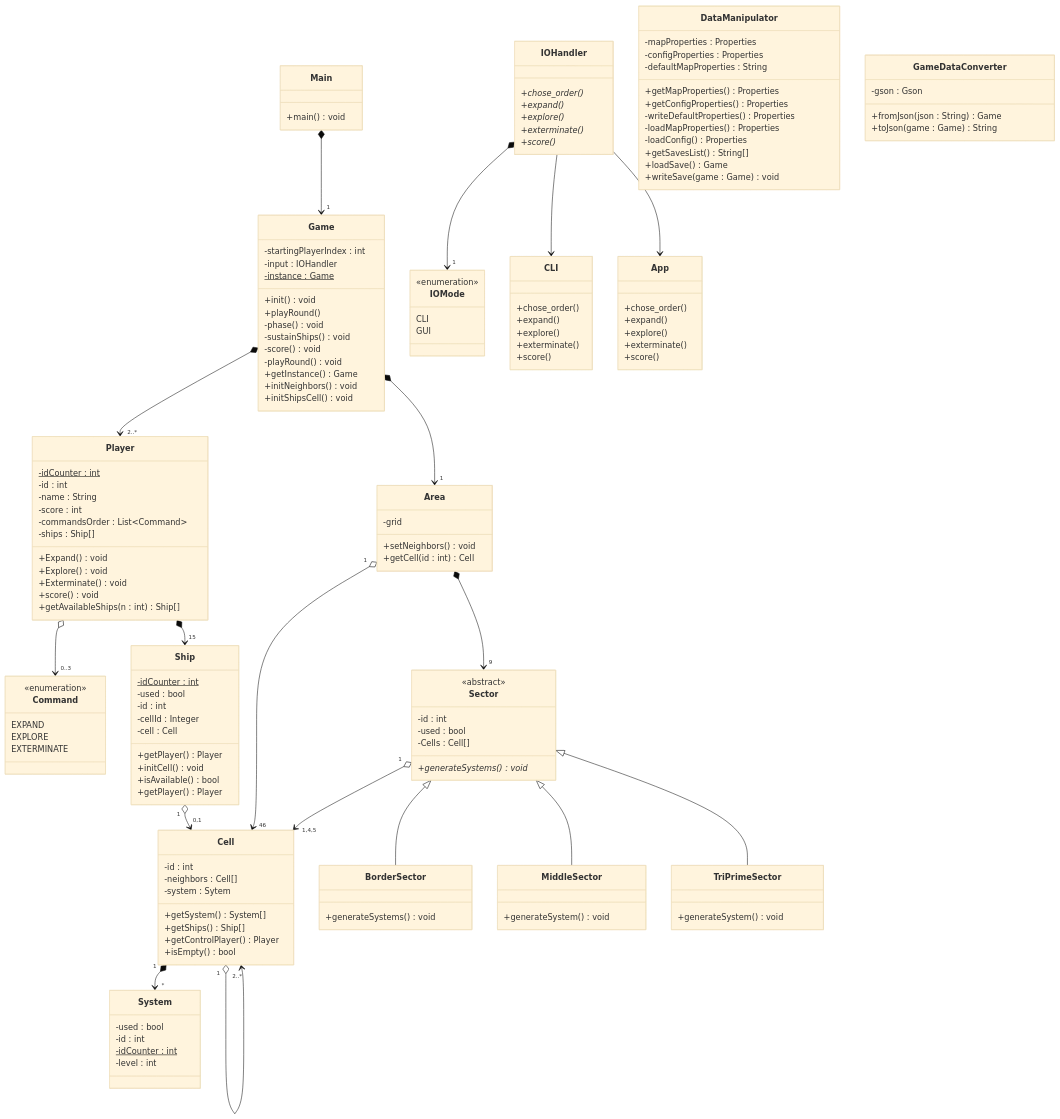
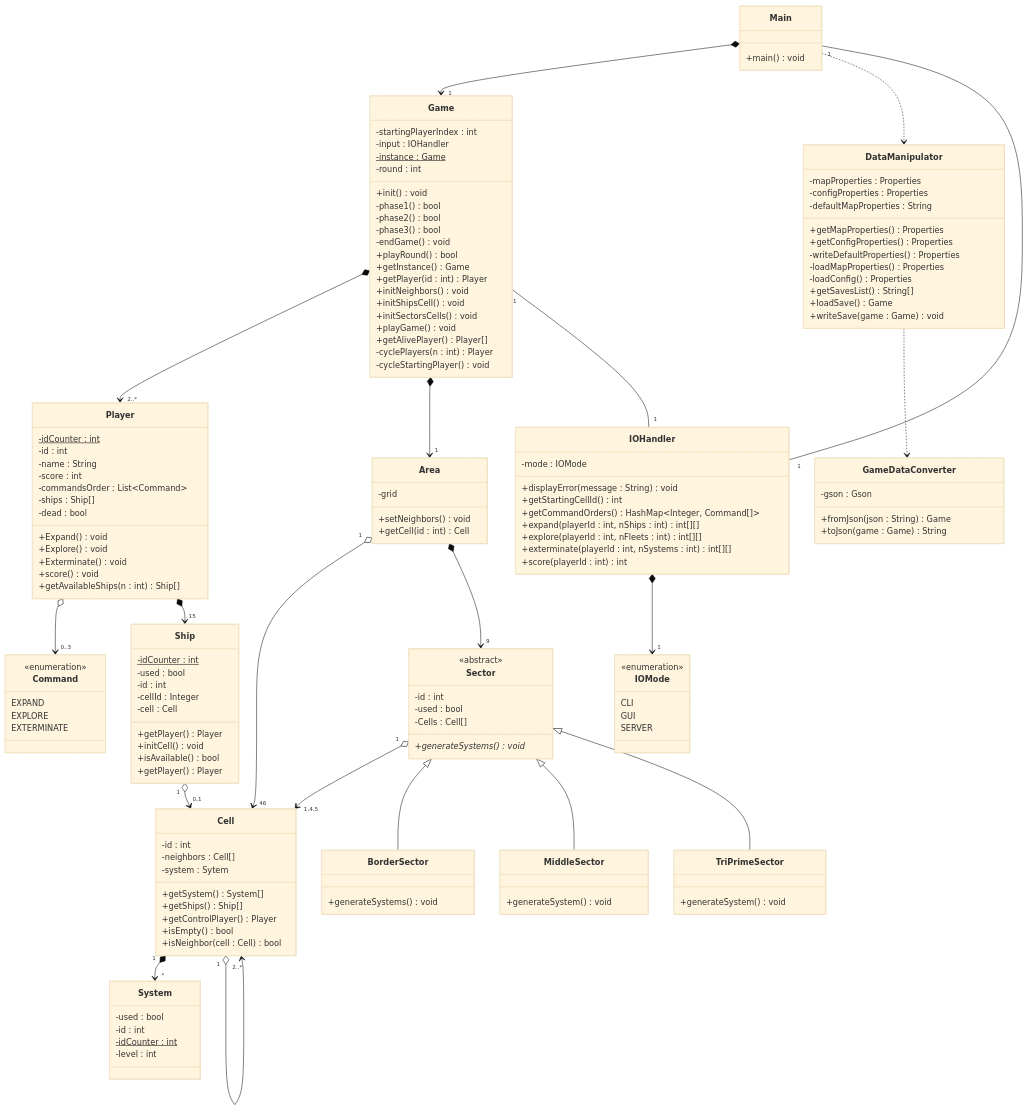
The diagram in UML/class.mermaid (LeoCholvy/PocketImperium), drawn with Mermaid (base theme) before and after one commit. The commit also changed 11 other files, not shown here.

```diff
--- a/UML/class.mermaid
+++ b/UML/class.mermaid
@@ -1,151 +1,171 @@
 classDiagram
     class Main {
         +main() void
     }
 
     class Game {
         -startingPlayerIndex : int
         -input : IOHandler
         -instance : Game$
+        -round : int
         +init() void
-        +playRound()
-        -phase() void
-        -sustainShips() void
-        -score() void
-        -playRound() void
+        -phase1() bool
+        -phase2() bool
+        -phase3() bool
+        -endGame() void
+        +playRound() bool
         +getInstance() Game
+        +getPlayer(id : int) Player
         +initNeighbors() void
         +initShipsCell() void
+        +initSectorsCells() void
+        +playGame() void
+        +getAlivePlayer() Player[]
+        -cyclePlayers(n : int) Player
+        -cycleStartingPlayer() void
     }
     class Player {
         -idCounter : int$
         -id : int
         -name : String
         -score : int
         -commandsOrder : List~Command~
         -ships : Ship[]
+        -dead : bool
         +Expand() void
         +Explore() void
         +Exterminate() void
         +score() void
         +getAvailableShips(n : int) Ship[]
     }
     class Command{
         <<enumeration>>
         EXPAND
         EXPLORE
         EXTERMINATE
     }
     Player o--> "0..3" Command
     class Area {
         -grid
         +setNeighbors() void
         +getCell(id : int) Cell
     }
     class Sector {
         <<abstract>>
         -id : int
         -used : bool
         -Cells : Cell[]
         +generateSystems() void*
     }
     class BorderSector {
         +generateSystems() void
     }
     class MiddleSector {
         +generateSystem() void
     }
     class TriPrimeSector {
         +generateSystem() void
     }
     class System {
         -used : bool
         -id : int
         -idCounter : int$
         -level : int
     }
     class Ship {
         -idCounter : int$
         -used : bool
         -id : int
         -cellId : Integer
         -cell : Cell
         +getPlayer() Player
         +initCell() void
         +isAvailable() bool
         +getPlayer() Player
     }
     class Cell {
         -id : int
         -neighbors : Cell[]
         -system : Sytem
         +getSystem() System[]
         +getShips() Ship[]
         +getControlPlayer() Player
         +isEmpty() bool
+        +isNeighbor(cell : Cell) bool
     }
 
     Game *--> "2..*" Player
     Game *--> "1" Area
     Main *--> "1" Game
     Area "1" o--> "46" Cell
     Sector "1" o--> "1,4,5" Cell
     Sector <|-- BorderSector
     Sector <|-- MiddleSector
     Sector <|-- TriPrimeSector
     Cell "1" *--> "*" System
     Player *--> "15" Ship
     Area *--> "9" Sector
     Ship "1" o--> "0,1" Cell
     Cell "1" o--> "2..*" Cell
 
     class IOHandler {
-        +chose_order()*
-        +expand()*
-        +explore()*
-        +exterminate()*
-        +score()*
+        -mode : IOMode
+        +displayError(message : String) void
+        +getStartingCellId() int
+        +getCommandOrders() HashMap~Integer, Command[]~
+        +expand(playerId : int, nShips : int) int[][]
+        %% [[CellId, nShips], ...]
+        +explore(playerId : int, nFleets : int) int[][]
+        %% [[CellId, ship1Id, ship2Id, ...], ...]
+        +exterminate(playerId : int, nSystems : int) int[][]
+        %% [[SystemId, ship1Id, ship2Id, ...], ...]
+        +score(playerId : int) int
     }
     class IOMode {
         <<enumeration>>
         CLI
         GUI
+        SERVER
     }
     IOHandler *--> "1" IOMode
-    class CLI {
-        +chose_order()
-        +expand()
-        +explore()
-        +exterminate()
-        +score()
-    }
-    class App {
-        +chose_order()
-        +expand()
-        +explore()
-        +exterminate()
-        +score()
-    }
-    IOHandler --> CLI
-    IOHandler --> App
 
 
-
+    class GameDataConverter {
+        +fromJson(json : String) Game
+        +toJson(game : Game) String
+        -gson : Gson
+    }
     class DataManipulator {
         -mapProperties : Properties
         -configProperties : Properties
         +getMapProperties() Properties
         +getConfigProperties() Properties
         -defaultMapProperties : String
         -writeDefaultProperties() Properties
         -loadMapProperties() Properties
         -loadConfig() Properties
         +getSavesList() String[]
         +loadSave() Game
         +writeSave(game : Game) void
     }
-    class GameDataConverter {
-        +fromJson(json : String) Game
-        +toJson(game : Game) String
-        -gson : Gson
-    }
+    Main ..> DataManipulator
+    Main "1" -- "1" IOHandler
+    Game "1" -- "1" IOHandler
+    DataManipulator ..> GameDataConverter
+
+
+%%    %% pas sur de laisser ces fleches
+%%    class CLI {
+%%        }
+%%    class GUI {
+%%        }
+%%    IOHandler --> CLI
+%%    IOHandler --> GUI
+%%    class Server {
+%%
+%%    }
+%%    class ServerClientInterface {
+%%
+%%    }
+%%    IOHandler --> Server
+%%    ServerClientInterface <-- Server : implements
```
